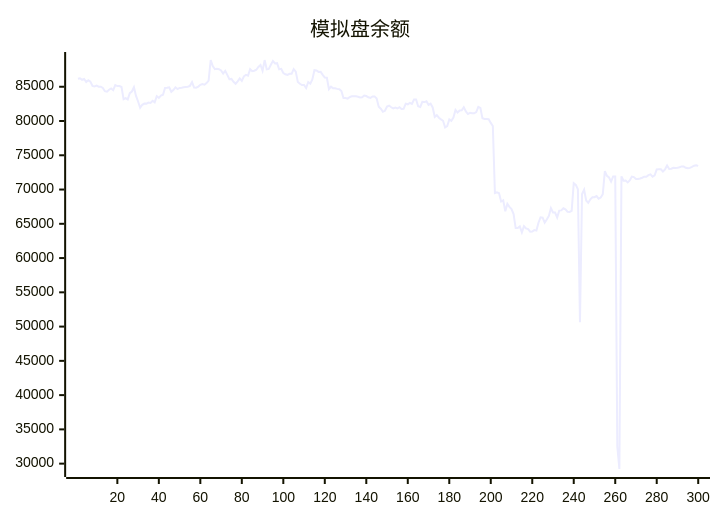
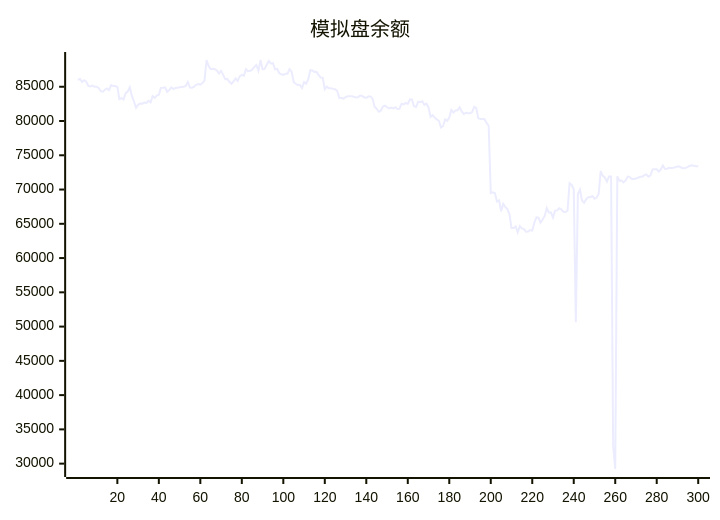
Before and after one commit to aahl/ai-trading: the diagram in README.md, drawn with Mermaid. The commit also changed other lines of this file and 1 other file, not shown here.

````diff
--- a/README.md
+++ b/README.md
@@ -5,5 +5,5 @@
 ```mermaid
 xychart
     title "模拟盘余额"
-    line [86176,86240,86017,86136,85685,85938,85749,85111,85044,85164,85016,85008,84824,84354,84287,84572,84745,84500,85234,85096,85095,84970,83180,83338,83157,84070,84309,84922,83667,82850,81924,82369,82552,82539,82695,82648,82962,82728,83619,83378,83710,83825,84819,84854,84917,84265,84527,84919,84668,84834,84850,84916,84981,85004,85131,85674,84891,84864,85019,85284,85393,85294,85538,85894,88904,88012,87567,87625,87568,87386,86920,87313,86737,86094,86143,85725,85437,85787,86219,85859,86526,86740,86630,87563,87264,87335,87483,87886,88180,87335,88894,87544,87608,88207,88755,88401,88444,87543,87608,87000,86810,86740,86894,86884,87576,87209,85686,85435,85251,85255,84820,85689,85453,86066,87420,87373,87161,87178,86740,86341,86315,84643,85012,84772,84768,84690,84635,84376,83360,83357,83259,83474,83608,83606,83602,83548,83440,83454,83724,83644,83464,83365,83590,83592,83275,82072,81806,81344,81492,82109,82254,82006,81848,81955,81829,82022,81769,81776,82522,82441,82656,82498,83144,83144,82150,82038,82797,82763,82872,82367,82536,81981,80612,80862,80484,80242,80034,79063,79245,80226,80016,80507,81625,81233,81544,81578,82016,81401,81019,81186,81130,81118,81306,82066,81909,80392,80304,80291,80258,79729,79261,69466,69579,69456,68251,68415,66832,67911,67462,67144,66432,64380,64375,64606,63740,64647,64324,64216,63842,63877,64078,64008,65156,65945,65888,65157,65625,66144,67284,66653,66639,65924,66925,66956,67263,67108,66766,66729,66886,70927,70673,70049,50652,69334,69973,68400,68061,68578,68876,68879,69055,68662,68822,69329,72687,71999,71760,71162,71911,71896,32500,29218,71927,71297,71305,71044,71337,71883,71822,71536,71536,71622,71723,71880,71860,72100,72216,71887,72077,72940,72976,72966,72638,72948,73497,73004,73041,73173,73160,73186,73258,73375,73351,73173,73098,73161,73305,73474,73536,73457]
+    line [86017,86136,85685,85938,85749,85111,85044,85164,85016,85008,84824,84354,84287,84572,84745,84500,85234,85096,85095,84970,83180,83338,83157,84070,84309,84922,83667,82850,81924,82369,82552,82539,82695,82648,82962,82728,83619,83378,83710,83825,84819,84854,84917,84265,84527,84919,84668,84834,84850,84916,84981,85004,85131,85674,84891,84864,85019,85284,85393,85294,85538,85894,88904,88012,87567,87625,87568,87386,86920,87313,86737,86094,86143,85725,85437,85787,86219,85859,86526,86740,86630,87563,87264,87335,87483,87886,88180,87335,88894,87544,87608,88207,88755,88401,88444,87543,87608,87000,86810,86740,86894,86884,87576,87209,85686,85435,85251,85255,84820,85689,85453,86066,87420,87373,87161,87178,86740,86341,86315,84643,85012,84772,84768,84690,84635,84376,83360,83357,83259,83474,83608,83606,83602,83548,83440,83454,83724,83644,83464,83365,83590,83592,83275,82072,81806,81344,81492,82109,82254,82006,81848,81955,81829,82022,81769,81776,82522,82441,82656,82498,83144,83144,82150,82038,82797,82763,82872,82367,82536,81981,80612,80862,80484,80242,80034,79063,79245,80226,80016,80507,81625,81233,81544,81578,82016,81401,81019,81186,81130,81118,81306,82066,81909,80392,80304,80291,80258,79729,79261,69466,69579,69456,68251,68415,66832,67911,67462,67144,66432,64380,64375,64606,63740,64647,64324,64216,63842,63877,64078,64008,65156,65945,65888,65157,65625,66144,67284,66653,66639,65924,66925,66956,67263,67108,66766,66729,66886,70927,70673,70049,50652,69334,69973,68400,68061,68578,68876,68879,69055,68662,68822,69329,72687,71999,71760,71162,71911,71896,32500,29218,71927,71297,71305,71044,71337,71883,71822,71536,71536,71622,71723,71880,71860,72100,72216,71887,72077,72940,72976,72966,72638,72948,73497,73004,73041,73173,73160,73186,73258,73375,73351,73173,73098,73161,73305,73474,73536,73457,73413,73412]
 ```
````
